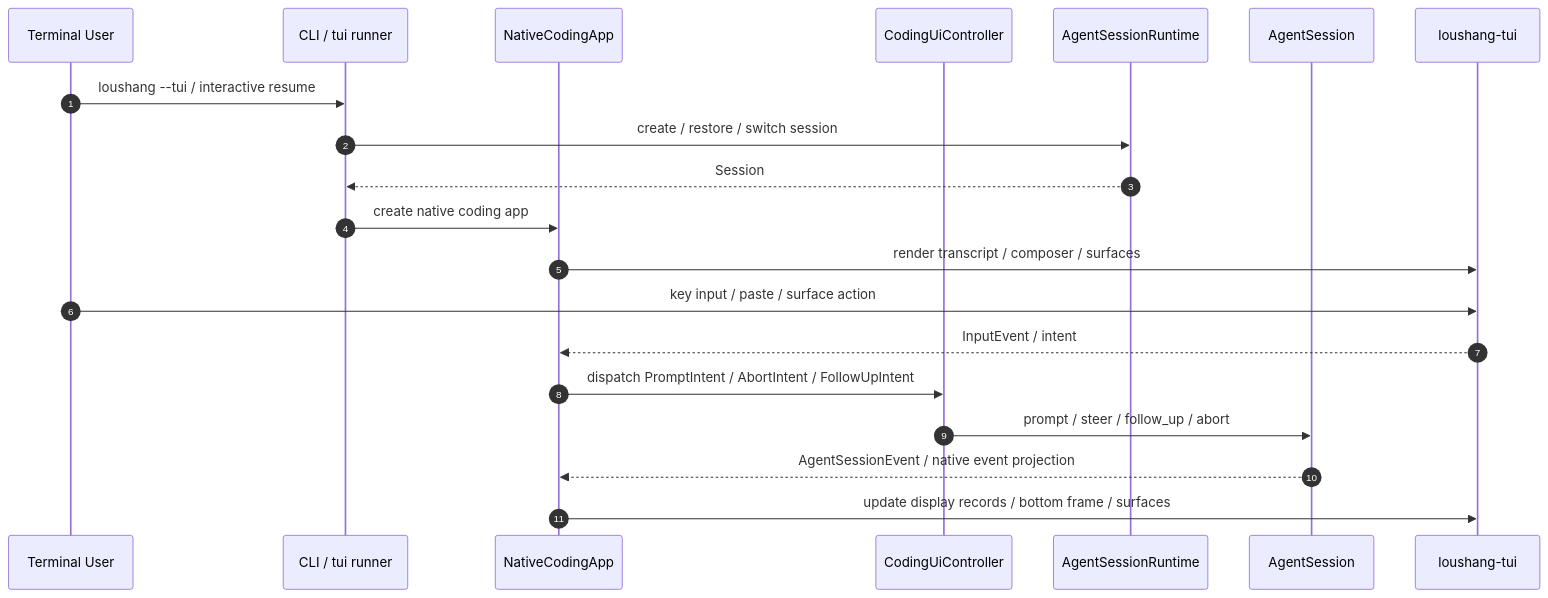
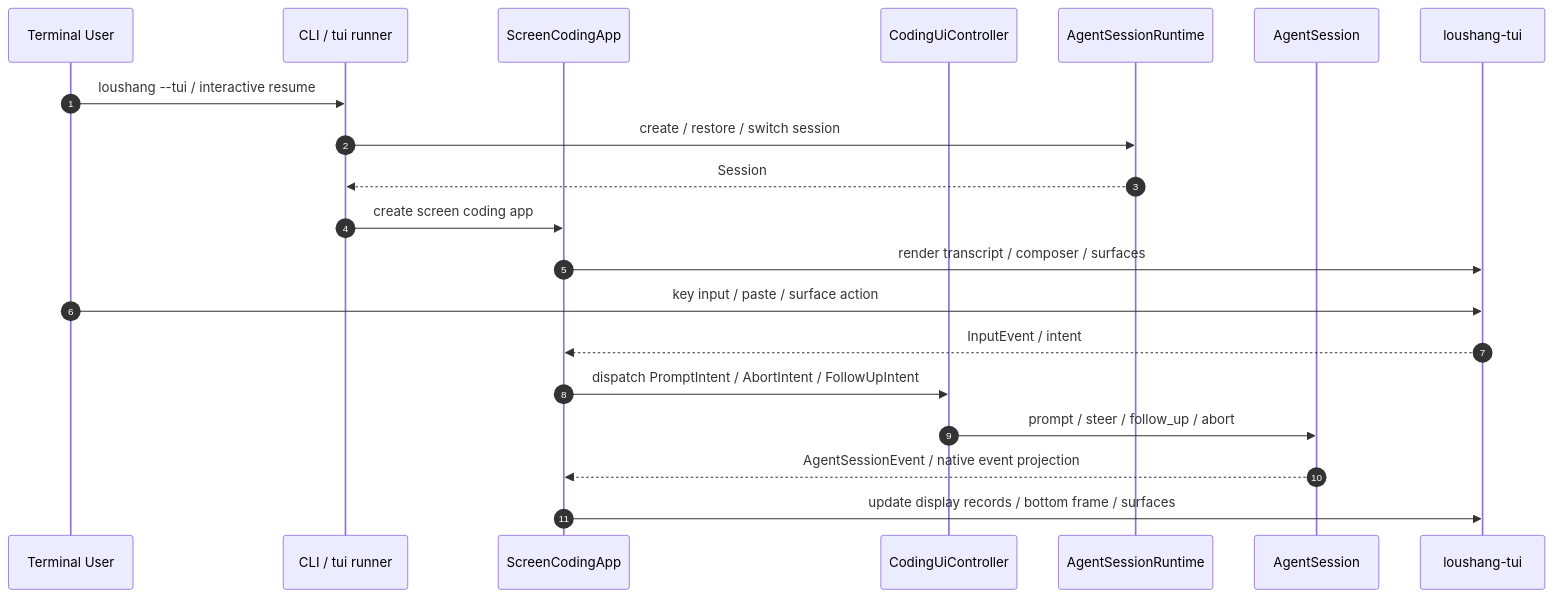
One commit to wrongbutworks/loushang changed the fifth of 5 diagrams in docs/internals/architecture/coding/loushang-coding-key-mode-sequences.md. Above: the diagram before and after it, drawn with Mermaid. The commit also changed other lines of this file and 4 other files, not shown here.

Commit message:
test(coding): guard screen UI naming boundaries

````diff
--- a/docs/internals/architecture/coding/loushang-coding-key-mode-sequences.md
+++ b/docs/internals/architecture/coding/loushang-coding-key-mode-sequences.md
@@ -325,23 +325,23 @@
 ```mermaid
 sequenceDiagram
   autonumber
   participant User as Terminal User
   participant CLI as CLI / tui runner
-  participant App as NativeCodingApp
+  participant App as ScreenCodingApp
   participant Controller as CodingUiController
   participant Runtime as AgentSessionRuntime
   participant Session as AgentSession
   participant TUI as loushang-tui
 
   User->>CLI: loushang --tui / interactive resume
   CLI->>Runtime: create / restore / switch session
   Runtime-->>CLI: Session
-  CLI->>App: create native coding app
+  CLI->>App: create screen coding app
   App->>TUI: render transcript / composer / surfaces
   User->>TUI: key input / paste / surface action
   TUI-->>App: InputEvent / intent
   App->>Controller: dispatch PromptIntent / AbortIntent / FollowUpIntent
   Controller->>Session: prompt / steer / follow_up / abort
   Session-->>App: AgentSessionEvent / native event projection
   App->>TUI: update display records / bottom frame / surfaces
 ```
````
